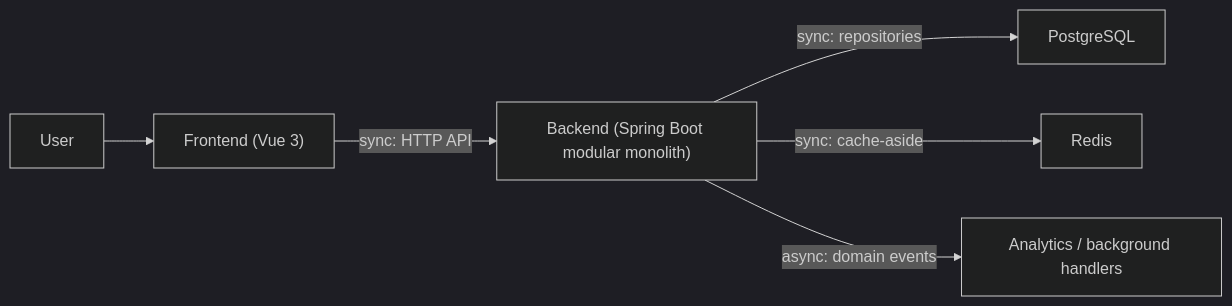
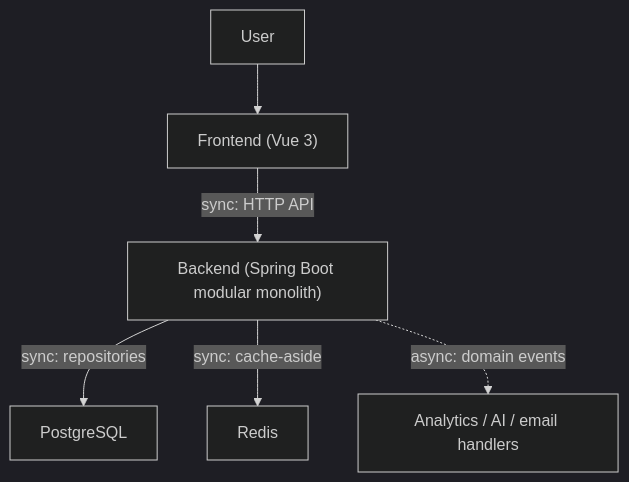
One commit to leoyakubov/weblink-pilot changed the first of 7 diagrams in docs/design/app-communication.md. Above: the diagram before and after it, drawn with Mermaid (dark theme). The commit also changed other lines of this file and 31 other files, not shown here.

````diff
--- a/docs/design/app-communication.md
+++ b/docs/design/app-communication.md
@@ -13,8 +13,8 @@
 ```mermaid
-flowchart LR
+flowchart TB
   U["User"] --> F["Frontend (Vue 3)"]
   F -->|"sync: HTTP API"| B["Backend (Spring Boot modular monolith)"]
   B -->|"sync: repositories"| DB["PostgreSQL"]
   B -->|"sync: cache-aside"| R["Redis"]
-  B -->|"async: domain events"| E["Analytics / background handlers"]
+  B -.->|"async: domain events"| E["Analytics / AI / email handlers"]
 ```
````
